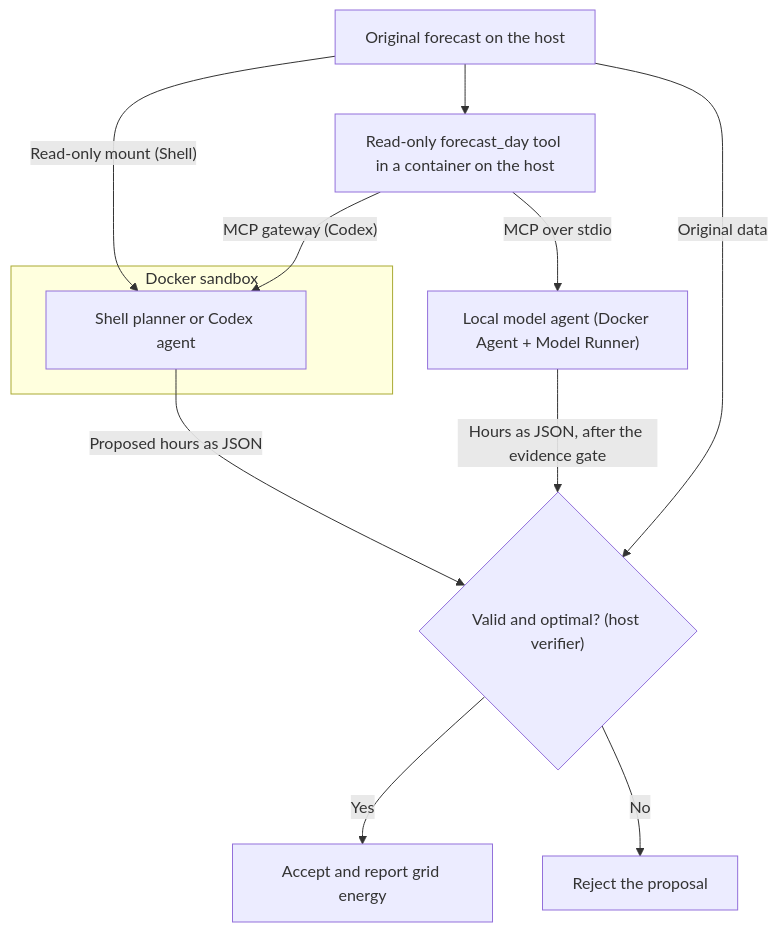
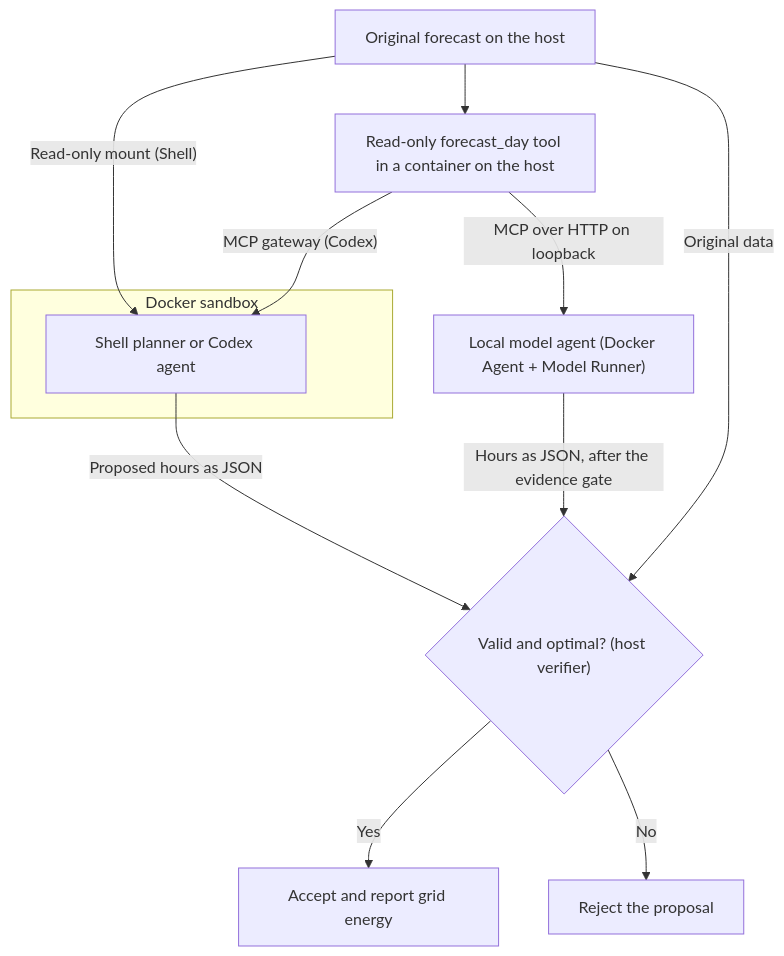
Before and after one commit to brunovicco/ai-agents-on-docker-lab: the diagram in README.md, drawn with Mermaid. The commit also changed other lines of this file and 1 other file, not shown here.

First line of the commit message:
Rewrite the README around the Docker experiments and their findings

````diff
--- a/README.md
+++ b/README.md
@@ -31,16 +69,16 @@
 ```mermaid
 flowchart TB
     Forecast["Original forecast on the host"]
     subgraph Sandbox["Docker sandbox"]
         Planner["Shell planner or Codex agent"]
     end
     Forecast -->|"Read-only mount (Shell)"| Planner
     Forecast --> MCP["Read-only forecast_day tool in a container on the host"]
     MCP -->|"MCP gateway (Codex)"| Planner
-    MCP -->|"MCP over stdio"| Local["Local model agent (Docker Agent + Model Runner)"]
+    MCP -->|"MCP over HTTP on loopback"| Local["Local model agent (Docker Agent + Model Runner)"]
     Planner -->|"Proposed hours as JSON"| Verify{"Valid and optimal? (host verifier)"}
     Local -->|"Hours as JSON, after the evidence gate"| Verify
     Forecast -->|"Original data"| Verify
     Verify -->|"Yes"| Accept["Accept and report grid energy"]
     Verify -->|"No"| Reject["Reject the proposal"]
 ```
````
